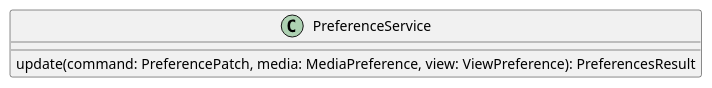
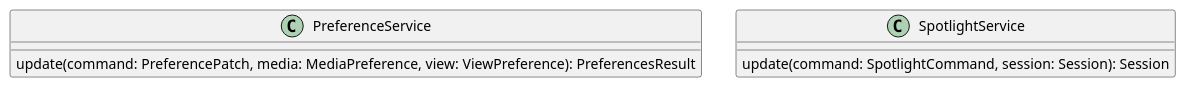
One commit to BKien/figma_spec changed the diagram in 100ms Video Conferencing and Live Streaming/uc/uc-15-pin-or-spotlight-a-participant.md. Above: the diagram before and after it, drawn with PlantUML. The commit also changed other lines of this file and 96 other files, not shown here.

````diff
--- a/100ms Video Conferencing and Live Streaming/uc/uc-15-pin-or-spotlight-a-participant.md
+++ b/100ms Video Conferencing and Live Streaming/uc/uc-15-pin-or-spotlight-a-participant.md
@@ -54,7 +67,10 @@
 ```plantuml
 @startuml
 class PreferenceService {
   update(command: PreferencePatch, media: MediaPreference, view: ViewPreference): PreferencesResult
 }
+class SpotlightService {
+  update(command: SpotlightCommand, session: Session): Session
+}
 @enduml
 ```
````
